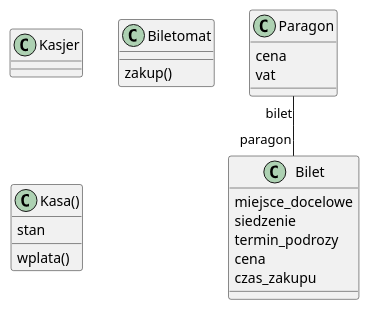
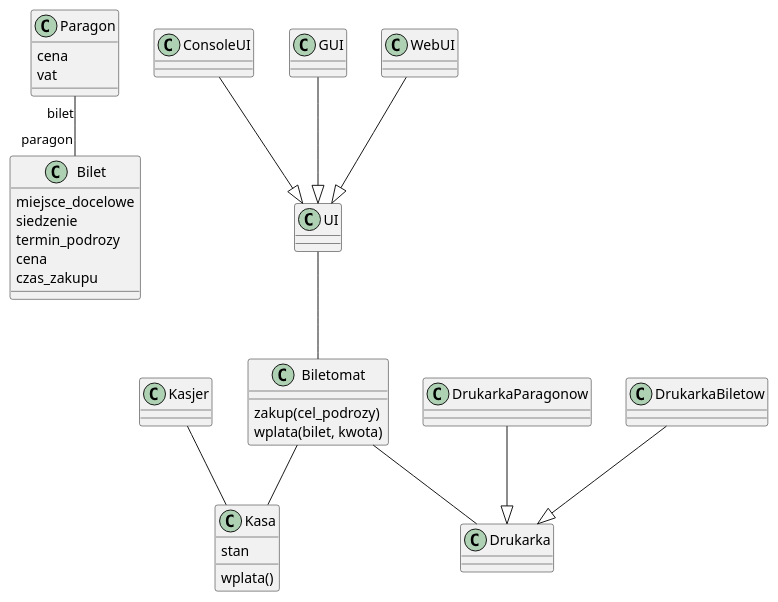
Before and after one commit to kpodlaski/Projektowanie_obiektowe2020: the diagram in dzienne/G2/pkp_class_diagram.plantuml, drawn with PlantUML. The commit also changed 3 other files, not shown here.

```diff
--- a/dzienne/G2/pkp_class_diagram.plantuml
+++ b/dzienne/G2/pkp_class_diagram.plantuml
@@ -1,34 +1,49 @@
 @startuml
 
 class Bilet{
     miejsce_docelowe
     siedzenie
     termin_podrozy
     cena 
     czas_zakupu
     'paragon opisane przez asocjację
 }
 
 class Paragon{
     'bilet opisane przez asocjację
     cena
     vat
 }
 
 
 class Kasjer{
 
 }
 
 class Biletomat{
-    zakup()
+    zakup(cel_podrozy)
+    wplata(bilet, kwota)
 }
 
-class Kasa(){
+class Kasa{
     stan
     wplata()
 }
 
-Paragon "bilet" -- "paragon" Bilet 
+class UI{}
 
+class Drukarka{}
+
+
+
+Paragon "bilet" -- "paragon" Bilet
+Biletomat -- Kasa
+Kasjer -- Kasa 
+DrukarkaParagonow --|> Drukarka
+DrukarkaBiletow --|> Drukarka
+Biletomat -- Drukarka
+UI -- Biletomat
+ConsoleUI --|> UI
+GUI --|> UI
+WebUI --|> UI
 @enduml
```
